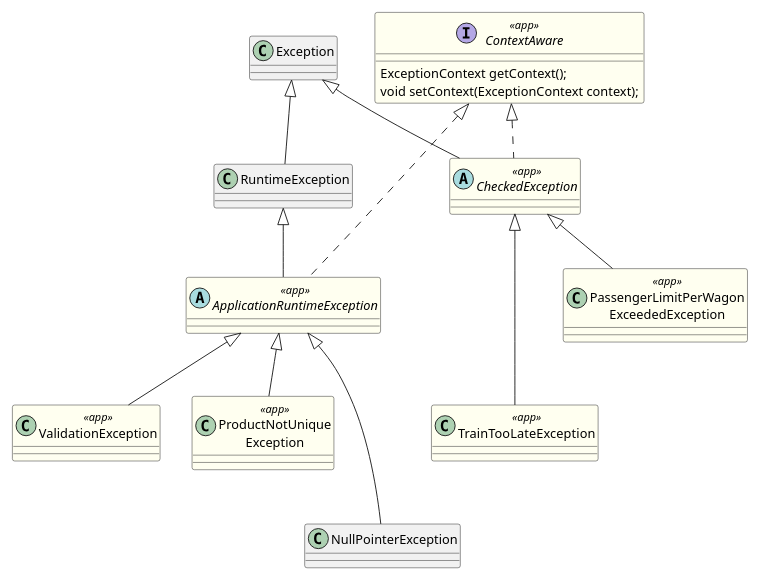
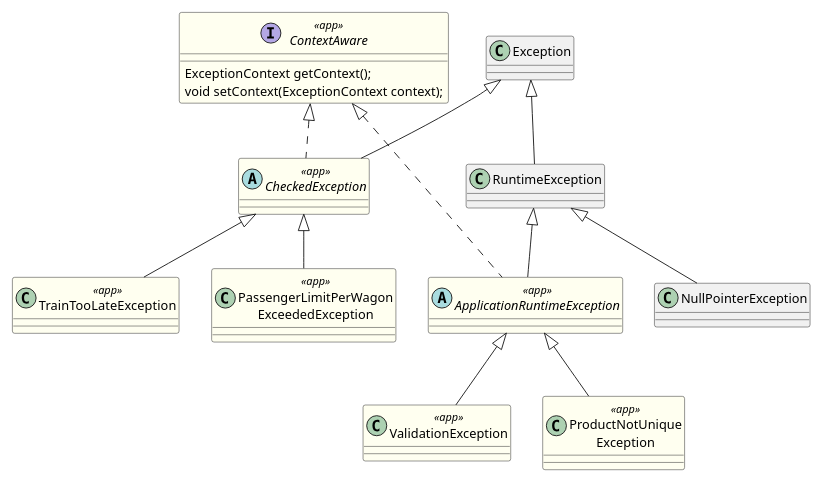
One commit to ThorstenEckstein/programmierung2-W3WI-109-ss24 changed the diagram in module-exceptions/docs/diagrams/exceptions-model.puml. Above: the diagram before and after it, drawn with PlantUML. The commit also changed 6 other files, not shown here.

```diff
--- a/module-exceptions/docs/diagrams/exceptions-model.puml
+++ b/module-exceptions/docs/diagrams/exceptions-model.puml
@@ -1,50 +1,50 @@
 @startuml
 'https://plantuml.com/class-diagram
 
 scale 0.8
 
 ' skin params, settings
 
 skinparam note {
   fontStyle italic
 }
 
 skinparam class {
   backgroundColor<<app>> #fffff0
 }
 
 skinparam groupInheritance 1
 
 ' classes
 
 interface ContextAware <<app>> {
   ExceptionContext getContext();
   void setContext(ExceptionContext context);
 }
 class Exception
 class RuntimeException
 abstract class ApplicationRuntimeException <<app>>
 abstract class CheckedException <<app>>
 class ValidationException <<app>>
 class TrainTooLateException <<app>>
 class ProductNotUnique\nException <<app>>
 class PassengerLimitPerWagon\nExceededException <<app>>
 
 ' Associations
 
 ' from Java Libraries
 Exception            <|--   RuntimeException
 Exception            <|--   CheckedException
 RuntimeException     <|--   ApplicationRuntimeException
 ' Application specific
 ContextAware         <|..   ApplicationRuntimeException
 ContextAware         <|..   CheckedException
 
-ApplicationRuntimeException <|--  ValidationException
-ApplicationRuntimeException <|--  ProductNotUnique\nException
-ApplicationRuntimeException <|--- NullPointerException
+ApplicationRuntimeException <|-- ValidationException
+ApplicationRuntimeException <|-- ProductNotUnique\nException
+RuntimeException            <|-- NullPointerException
 
 CheckedException     <|--  PassengerLimitPerWagon\nExceededException
-CheckedException     <|--- TrainTooLateException
+CheckedException     <|-- TrainTooLateException
 
 @enduml
```
